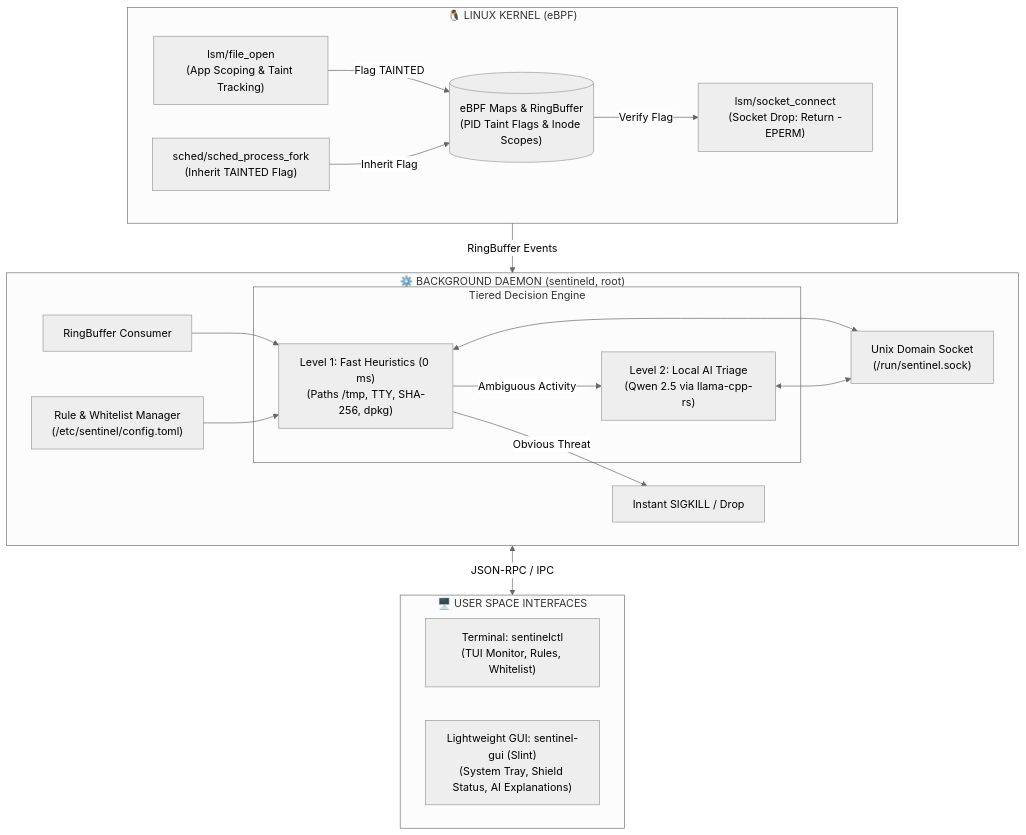
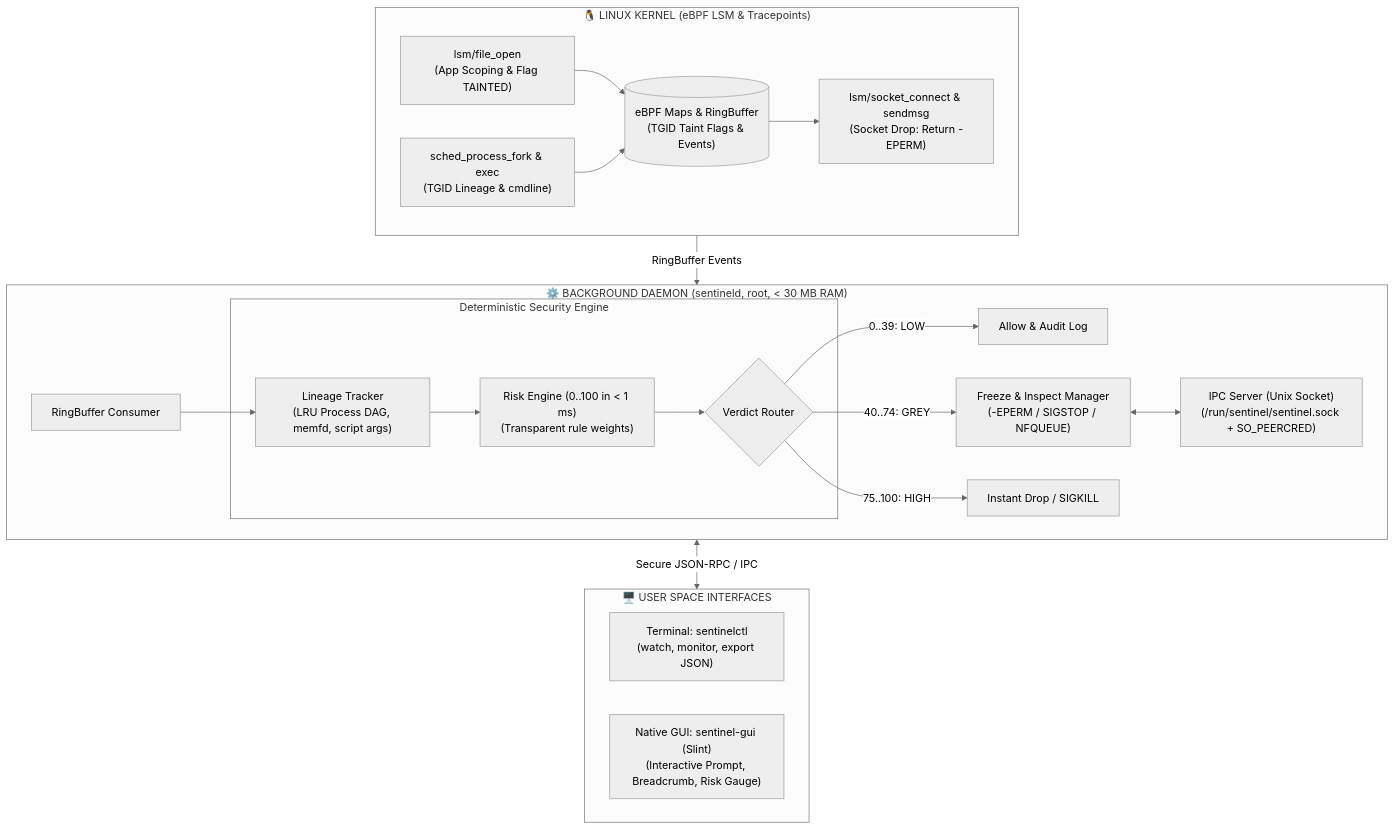
The diagram in README.en.md (woifik560/sentinel-rs), drawn with Mermaid (neutral theme) before and after one commit. The commit also changed other lines of this file and 5 other files, not shown here.

Commit message:
feat(v2): implement deterministic lineage and interactive context prompt architecture without embedded LLM

````diff
--- a/README.en.md
+++ b/README.en.md
@@ -47,40 +60,43 @@
 ```mermaid
 flowchart TD
-    subgraph Kernel["🐧 LINUX KERNEL (eBPF)"]
-        LSM_FILE["lsm/file_open<br/>(App Scoping & Taint Tracking)"]
-        FORK["sched/sched_process_fork<br/>(Inherit TAINTED Flag)"]
-        LSM_NET["lsm/socket_connect<br/>(Socket Drop: Return -EPERM)"]
-        MAPS[("eBPF Maps & RingBuffer<br/>(PID Taint Flags & Inode Scopes)")]
+    subgraph Kernel["🐧 LINUX KERNEL (eBPF LSM & Tracepoints)"]
+        LSM_FILE["lsm/file_open<br/>(App Scoping & Flag TAINTED)"]
+        SCHED_FORK["sched_process_fork & exec<br/>(TGID Lineage & cmdline)"]
+        LSM_NET["lsm/socket_connect & sendmsg<br/>(Socket Drop: Return -EPERM)"]
+        MAPS[("eBPF Maps & RingBuffer<br/>(TGID Taint Flags & Events)")]
         
-        LSM_FILE -->|Flag TAINTED| MAPS
-        FORK -->|Inherit Flag| MAPS
-        MAPS -->|Verify Flag| LSM_NET
+        LSM_FILE --> MAPS
+        SCHED_FORK --> MAPS
+        MAPS --> LSM_NET
     end
 
-    subgraph Daemon["⚙️ BACKGROUND DAEMON (sentineld, root)"]
+    subgraph Daemon["⚙️ BACKGROUND DAEMON (sentineld, root, < 30 MB RAM)"]
         RING_BUF["RingBuffer Consumer"]
         
-        subgraph TieredEngine["Tiered Decision Engine"]
-            L1["Level 1: Fast Heuristics (0 ms)<br/>(Paths /tmp, TTY, SHA-256, dpkg)"]
-            L2["Level 2: Local AI Triage<br/>(Qwen 2.5 via llama-cpp-rs)"]
+        subgraph Engine["Deterministic Security Engine"]
+            LINEAGE["Lineage Tracker<br/>(LRU Process DAG, memfd, script args)"]
+            RISK["Risk Engine (0..100 in < 1 ms)<br/>(Transparent rule weights)"]
+            ROUTER{"Verdict Router"}
         end
+
+        IPC_SOCK["IPC Server (Unix Socket)<br/>(/run/sentinel/sentinel.sock + SO_PEERCRED)"]
+
+        RING_BUF --> LINEAGE
+        LINEAGE --> RISK
+        RISK --> ROUTER
         
-        CONFIG["Rule & Whitelist Manager<br/>(/etc/sentinel/config.toml)"]
-        IPC_SOCK["Unix Domain Socket<br/>(/run/sentinel.sock)"]
+        ROUTER -->|0..39: LOW| ALLOW["Allow & Audit Log"]
+        ROUTER -->|40..74: GREY| PROMPT_MGR["Freeze & Inspect Manager<br/>(-EPERM / SIGSTOP / NFQUEUE)"]
+        ROUTER -->|75..100: HIGH| BLOCK["Instant Drop / SIGKILL"]
 
-        RING_BUF --> L1
-        L1 -->|Obvious Threat| KILL["Instant SIGKILL / Drop"]
-        L1 -->|Ambiguous Activity| L2
-        CONFIG --> L1
-        L1 <--> IPC_SOCK
-        L2 <--> IPC_SOCK
+        PROMPT_MGR <--> IPC_SOCK
     end
 
     subgraph Clients["🖥️ USER SPACE INTERFACES"]
-        CLI["Terminal: sentinelctl<br/>(TUI Monitor, Rules, Whitelist)"]
-        GUI["Lightweight GUI: sentinel-gui (Slint)<br/>(System Tray, Shield Status, AI Explanations)"]
+        CLI["Terminal: sentinelctl<br/>(watch, monitor, export JSON)"]
+        GUI["Native GUI: sentinel-gui (Slint)<br/>(Interactive Prompt, Breadcrumb, Risk Gauge)"]
     end
 
     Kernel -->|RingBuffer Events| Daemon
-    Daemon <-->|JSON-RPC / IPC| Clients
+    Daemon <-->|Secure JSON-RPC / IPC| Clients
 ```
````
